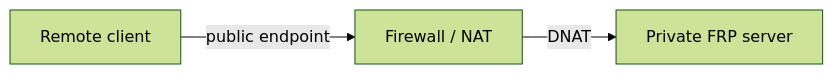
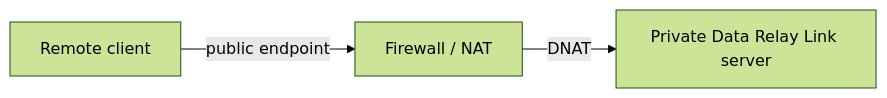
Before and after one commit to datarelay-labs/data-relay-link-docs: the fourth of 4 diagrams in deployment/modes.mdx, drawn with Mermaid (forest theme). The commit also changed other lines of this file and 36 other files, not shown here.

````diff
--- a/deployment/modes.mdx
+++ b/deployment/modes.mdx
@@ -88,5 +88,5 @@
 ```mermaid
 flowchart LR
     C[Remote client] -->|public endpoint| F[Firewall / NAT]
-    F -->|DNAT| S[Private FRP server]
+    F -->|DNAT| S[Private Data Relay Link server]
 ```
````
